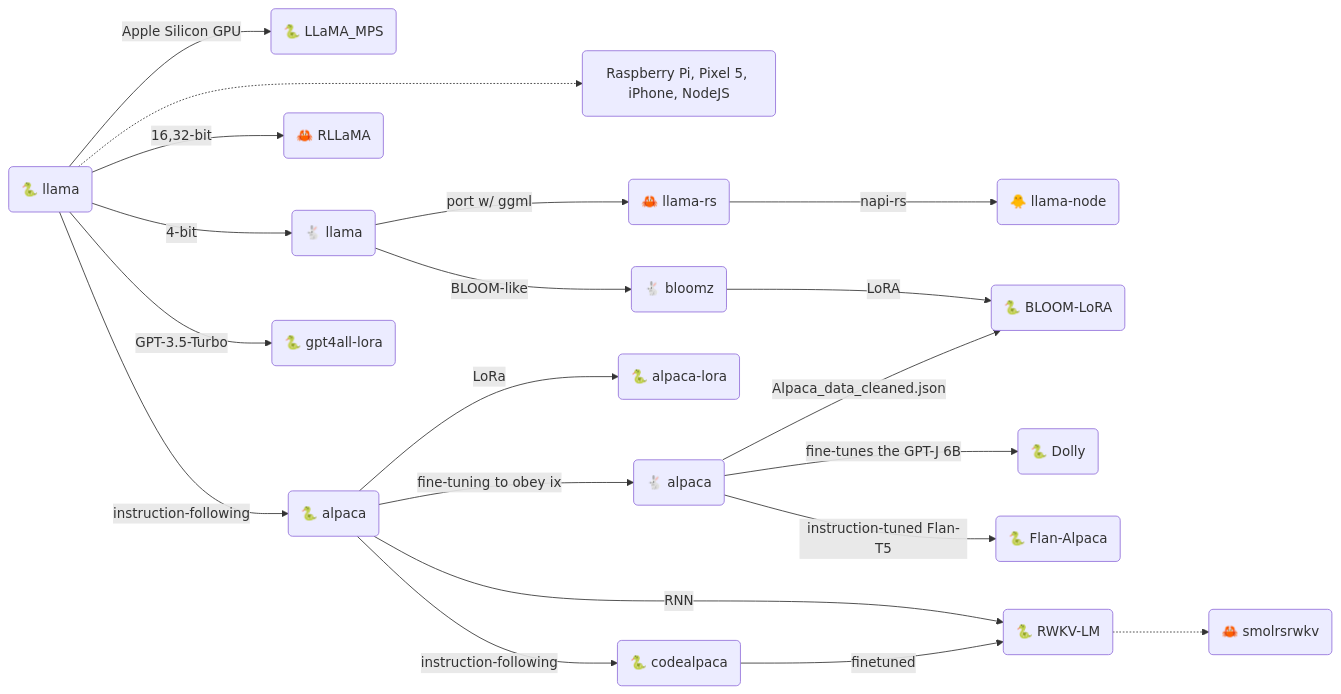
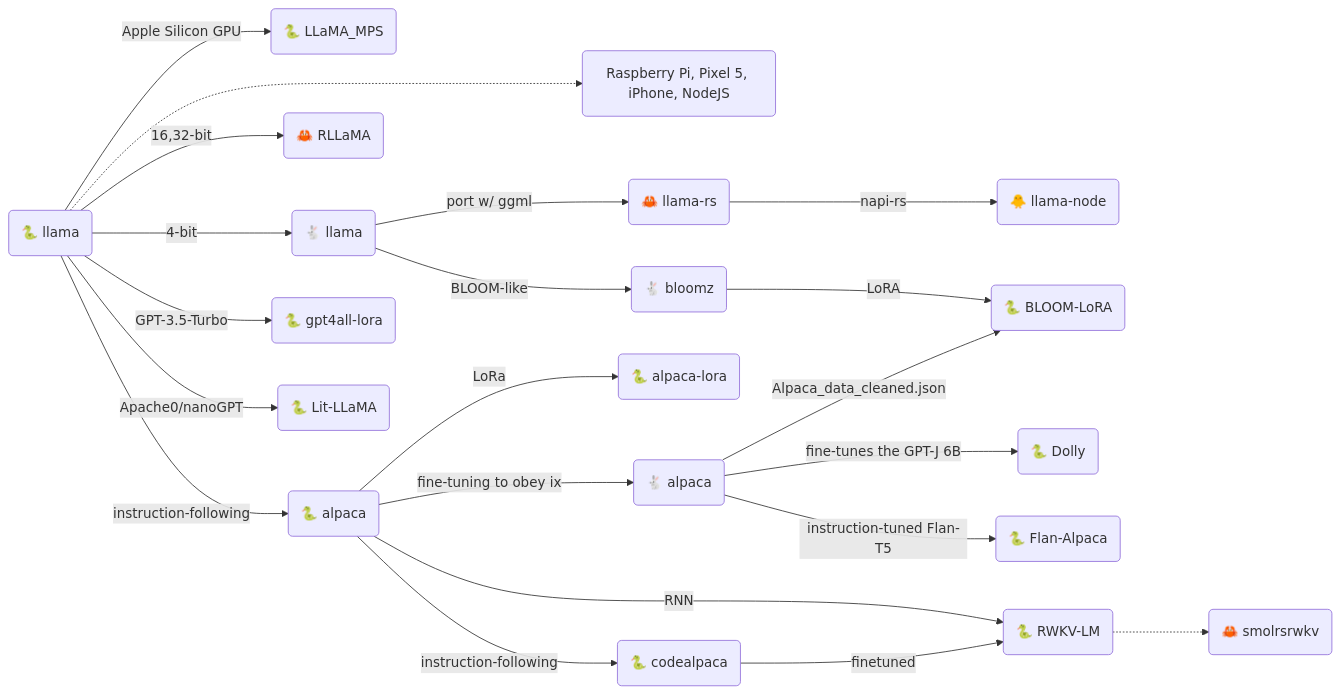
Before and after one commit to gist-rs/book: the second of 4 diagrams in src/ml/llama.md, drawn with Mermaid. The commit also changed other lines of this file, not shown here.

Commit message:
feat: add Lit-LLaMA

````diff
--- a/src/ml/llama.md
+++ b/src/ml/llama.md
@@ -43,21 +35,22 @@
 ```mermaid
 graph LR;
 A --Apple Silicon GPU--> AA("🐍 LLaMA_MPS")
 A -..-> AAA("Raspberry Pi, Pixel 5, iPhone, NodeJS")
 A("🐍 llama") --"4-bit"--> B("🐇 llama")
 B --port w/ ggml--> C("🦀 llama-rs")
 A --"16,32-bit"--> CC("🦀 RLLaMA")
 C --"napi-rs"--> I("🐥 llama-node")
 E --"fine-tuning to obey ix"--> D("🐇 alpaca")
 A --instruction-following--> E("🐍 alpaca") --LoRa--> F("🐍 alpaca-lora")
 E --instruction-following--> H("🐍 codealpaca")
 B --BLOOM-like--> BB("🐇 bloomz")
 BB --LoRA--> DDDD("🐍 BLOOM-LoRA")
 D --"fine-tunes the GPT-J 6B"--> DD("🐍 Dolly")
 D --"instruction-tuned Flan-T5"--> DDD("🐍 Flan-Alpaca")
 D --Alpaca_data_cleaned.json--> DDDD
 E --RNN-->EE("🐍 RWKV-LM")
 H --finetuned--> EE
 EE("🐍 RWKV-LM") -..-> EEE("🦀 smolrsrwkv")
 A --"GPT-3.5-Turbo"--> FF("🐍 gpt4all-lora")
+A --"Apache0/nanoGPT"--> AAAA("🐍 Lit-LLaMA")
 ```
````
